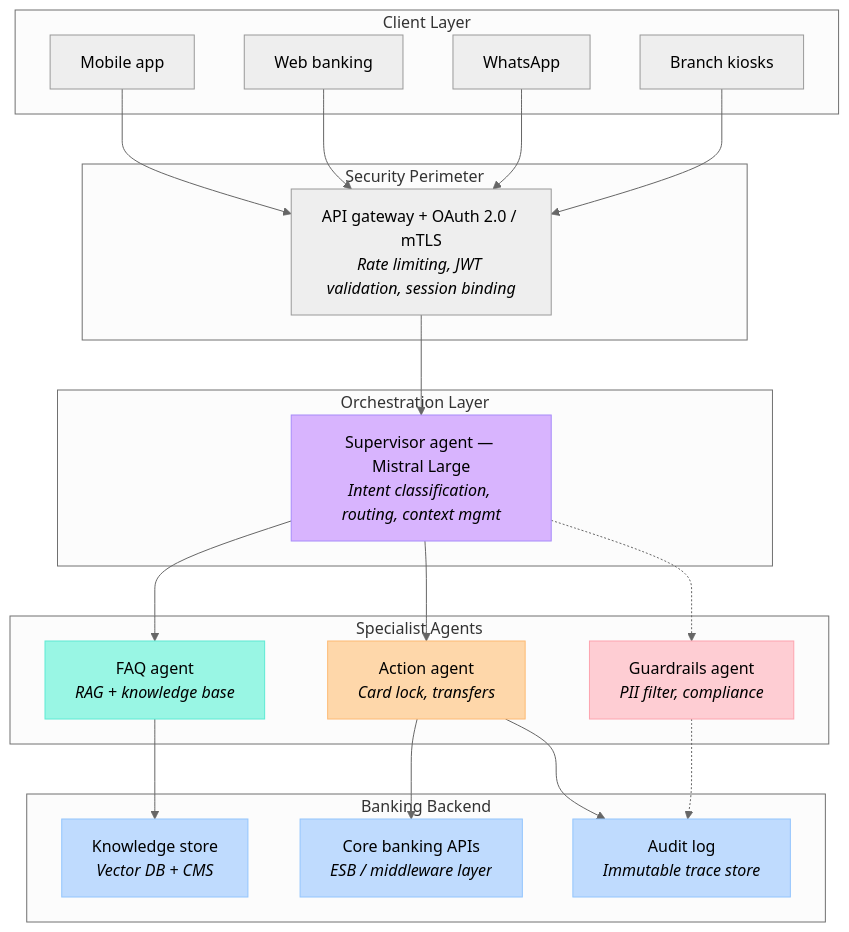
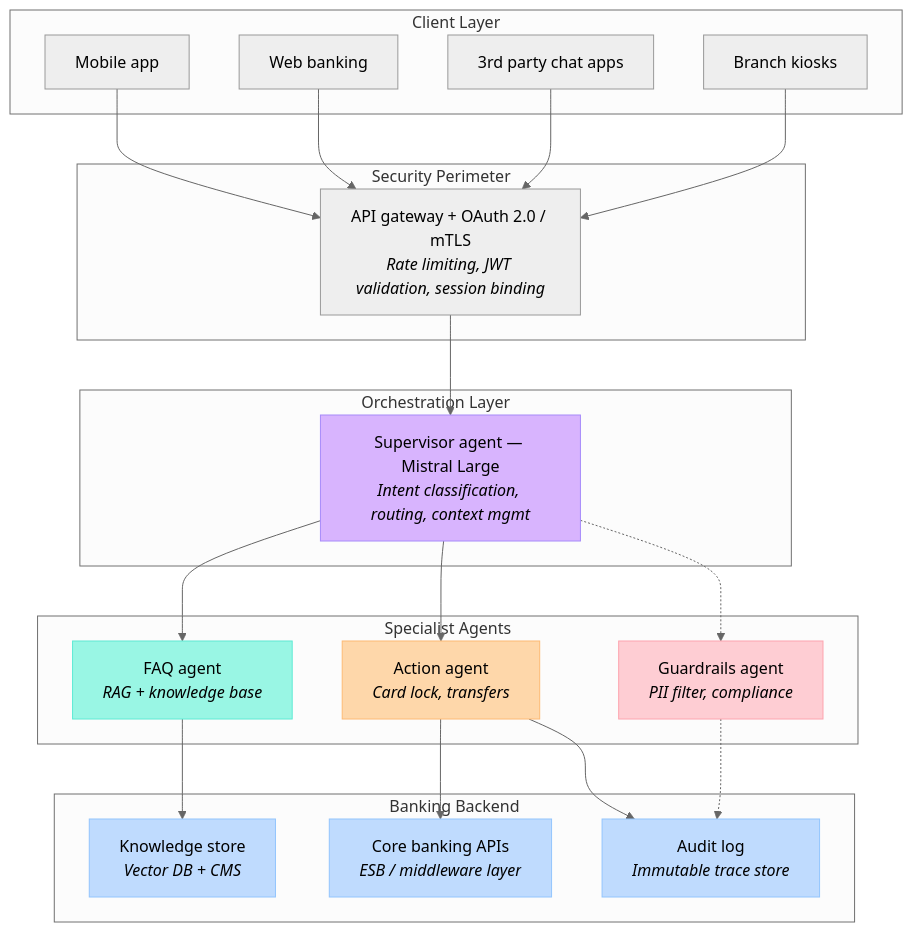
One commit to andreadhelpra/retail-banking-chatbot changed the first of 7 diagrams in README.md. Above: the diagram before and after it, drawn with Mermaid (neutral theme). The commit also changed 1 other file, not shown here.

Commit message:
feat: update dependencies in requirements.txt to specify version constraints and improve clarity

````diff
--- a/README.md
+++ b/README.md
@@ -11,46 +11,46 @@
 ```mermaid
 graph TD
     subgraph Client Layer
         A1[Mobile app]
         A2[Web banking]
-        A3[WhatsApp]
+        A3[3rd party chat apps]
         A4[Branch kiosks]
     end
 
     subgraph Security Perimeter
         B[API gateway + OAuth 2.0 / mTLS<br/><i>Rate limiting, JWT validation, session binding</i>]
     end
 
     subgraph Orchestration Layer
         C[Supervisor agent — Mistral Large<br/><i>Intent classification, routing, context mgmt</i>]
     end
 
     subgraph Specialist Agents
         D1[FAQ agent<br/><i>RAG + knowledge base</i>]
         D2[Action agent<br/><i>Card lock, transfers</i>]
         D3[Guardrails agent<br/><i>PII filter, compliance</i>]
     end
 
     subgraph Banking Backend
         E1[Knowledge store<br/><i>Vector DB + CMS</i>]
         E2[Core banking APIs<br/><i>ESB / middleware layer</i>]
         E3[Audit log<br/><i>Immutable trace store</i>]
     end
 
     A1 & A2 & A3 & A4 --> B
     B --> C
     C --> D1 & D2
     C -.-> D3
     D1 --> E1
     D2 --> E2
     D2 --> E3
     D3 -.-> E3
 
     style C fill:#d8b4fe,stroke:#a78bfa
     style D1 fill:#99f6e4,stroke:#5eead4
     style D2 fill:#fed7aa,stroke:#fdba74
     style D3 fill:#fecdd3,stroke:#fda4af
     style E1 fill:#bfdbfe,stroke:#93c5fd
     style E2 fill:#bfdbfe,stroke:#93c5fd
     style E3 fill:#bfdbfe,stroke:#93c5fd
 ```
````
